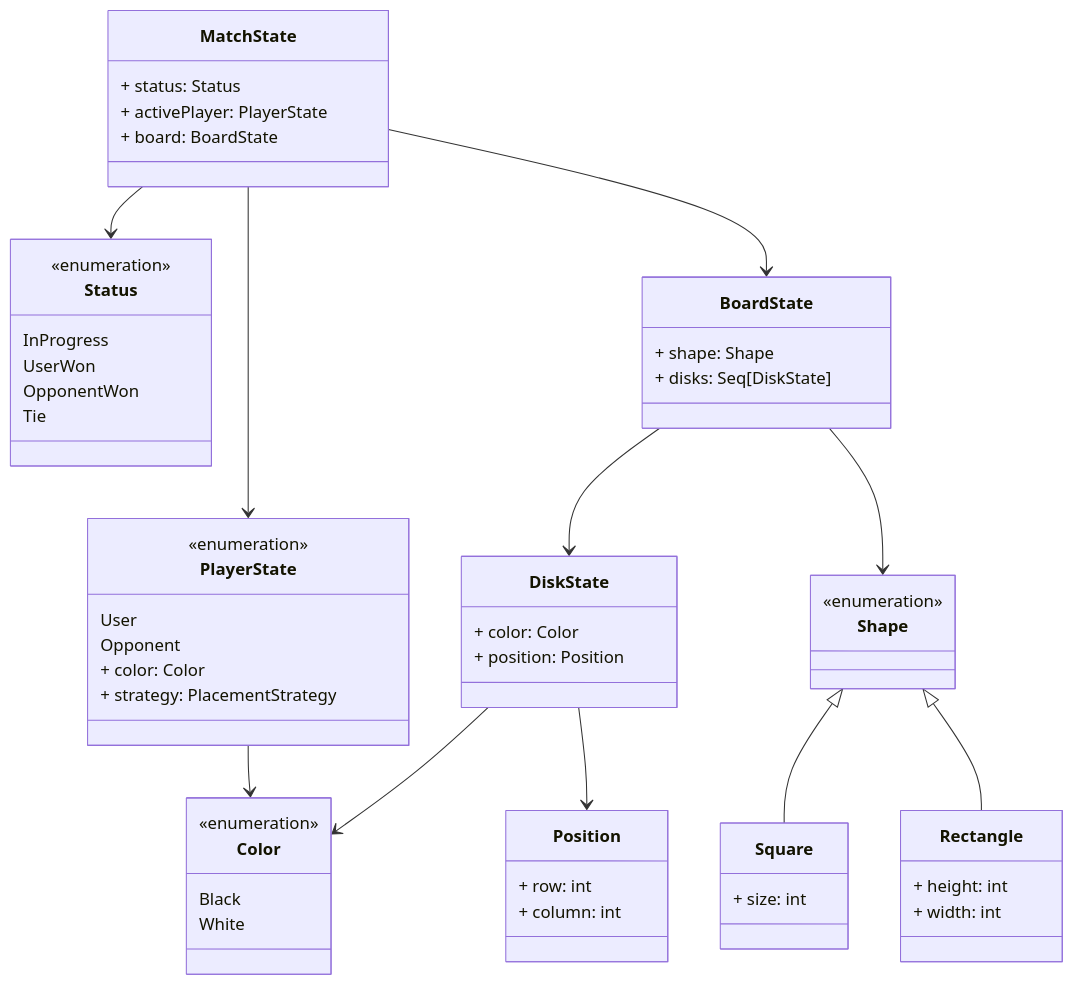
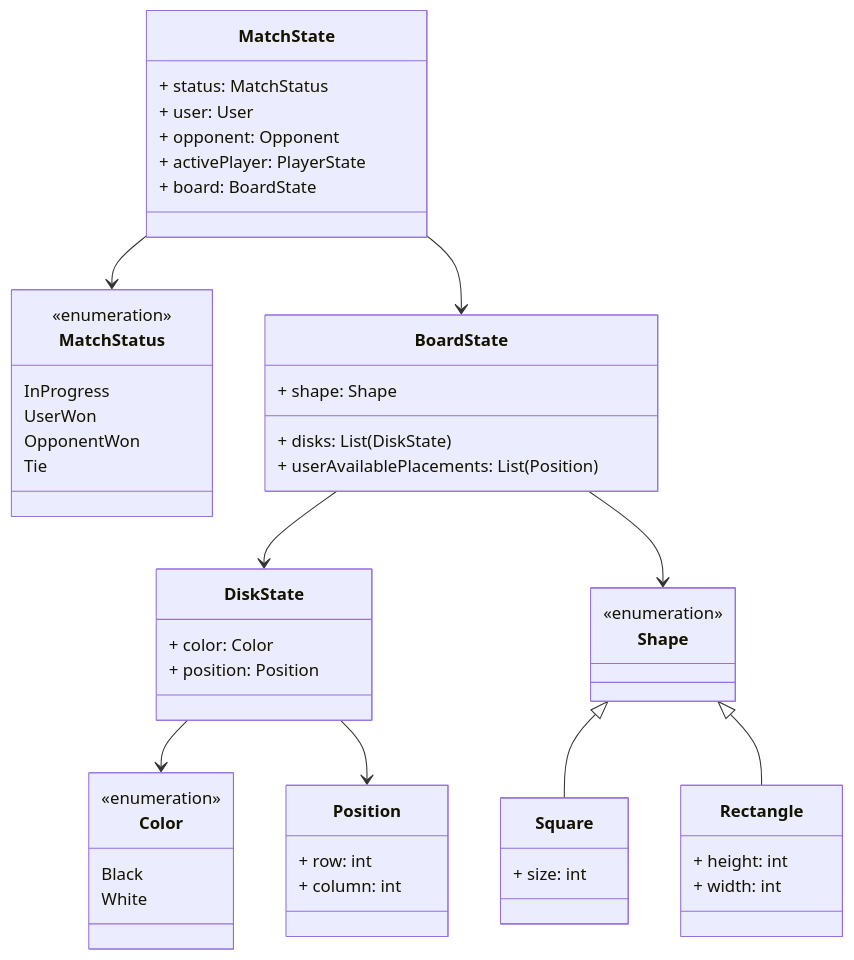
One commit to Borgotto/PPS-25-scalatello changed the second of 3 diagrams in docs/report/4-architectural-design.md. Above: the diagram before and after it, drawn with Mermaid. The commit also changed other lines of this file, not shown here.

Commit message:
Update architectural desing

````diff
--- a/docs/report/4-architectural-design.md
+++ b/docs/report/4-architectural-design.md
@@ -85,60 +89,54 @@
 ```mermaid
 classDiagram
     class MatchState {
-      + status: Status
+      + status: MatchStatus
+      + user: User
+      + opponent: Opponent
       + activePlayer: PlayerState
       + board: BoardState
     }
-    class Status {
+    class MatchStatus {
       <<enumeration>>
       InProgress
       UserWon
       OpponentWon
       Tie
     }
-    class PlayerState {
-      <<enumeration>>
-      User
-      Opponent
-      + color: Color
-      + strategy: PlacementStrategy
-    }
     class BoardState {
       + shape: Shape
-      + disks: Seq[DiskState]
+      + disks: List(DiskState)
+      + userAvailablePlacements: List(Position)
     }
     class Shape {
       <<enumeration>>
     }
     class Square {
       + size: int
     }
     class Rectangle {
       + height: int
       + width: int
     }
     class DiskState {
       + color: Color
       + position: Position
     }
     class Color {
       <<enumeration>>
       Black
       White
     }
     class Position {
       + row: int
       + column: int
     }
 
     MatchState --> BoardState
-    MatchState --> Status
-    MatchState --> PlayerState
-    PlayerState --> Color
+    MatchState --> MatchStatus
     BoardState --> DiskState
     Shape <|-- Square
     Shape <|-- Rectangle
     BoardState --> Shape
     DiskState --> Color
     DiskState --> Position
 ```
````
